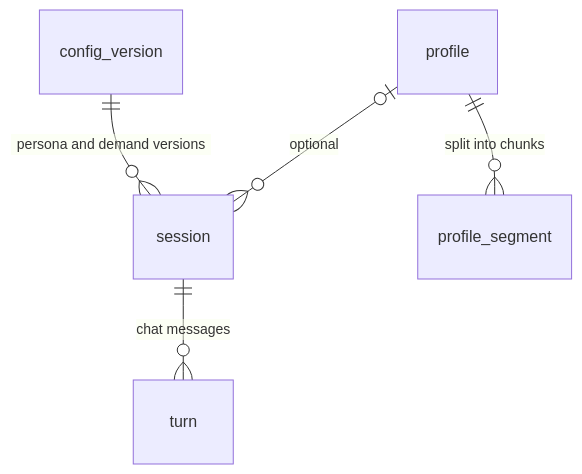
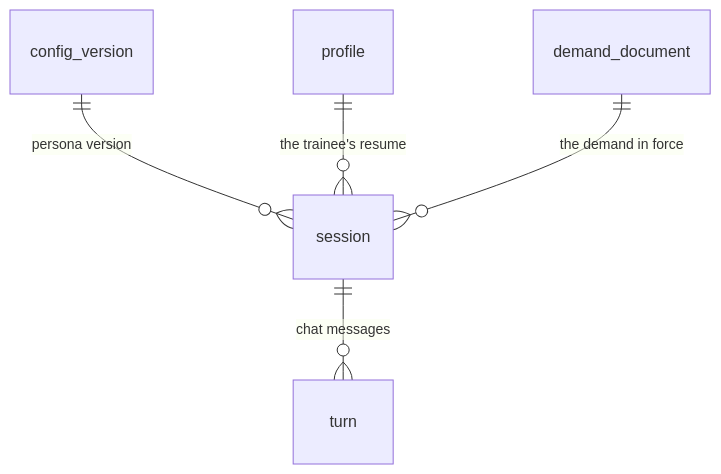
The diagram in docs/data-model.md (USTDevGama/Smart_Ops_Pod3), drawn with Mermaid before and after one commit. The commit also changed other lines of this file and 39 other files, not shown here.

First line of the commit message:
Keep the uploads simple: no segments, a demand document upload, content as JSON

````diff
--- a/docs/data-model.md
+++ b/docs/data-model.md
@@ -32,7 +27,7 @@
 ```mermaid
 erDiagram
-  config_version ||--o{ session : "persona and demand versions"
-  profile ||--o{ profile_segment : "split into chunks"
-  profile |o--o{ session : "optional"
+  config_version ||--o{ session : "persona version"
+  profile ||--o{ session : "the trainee's resume"
+  demand_document ||--o{ session : "the demand in force"
   session ||--o{ turn : "chat messages"
 ```
````
